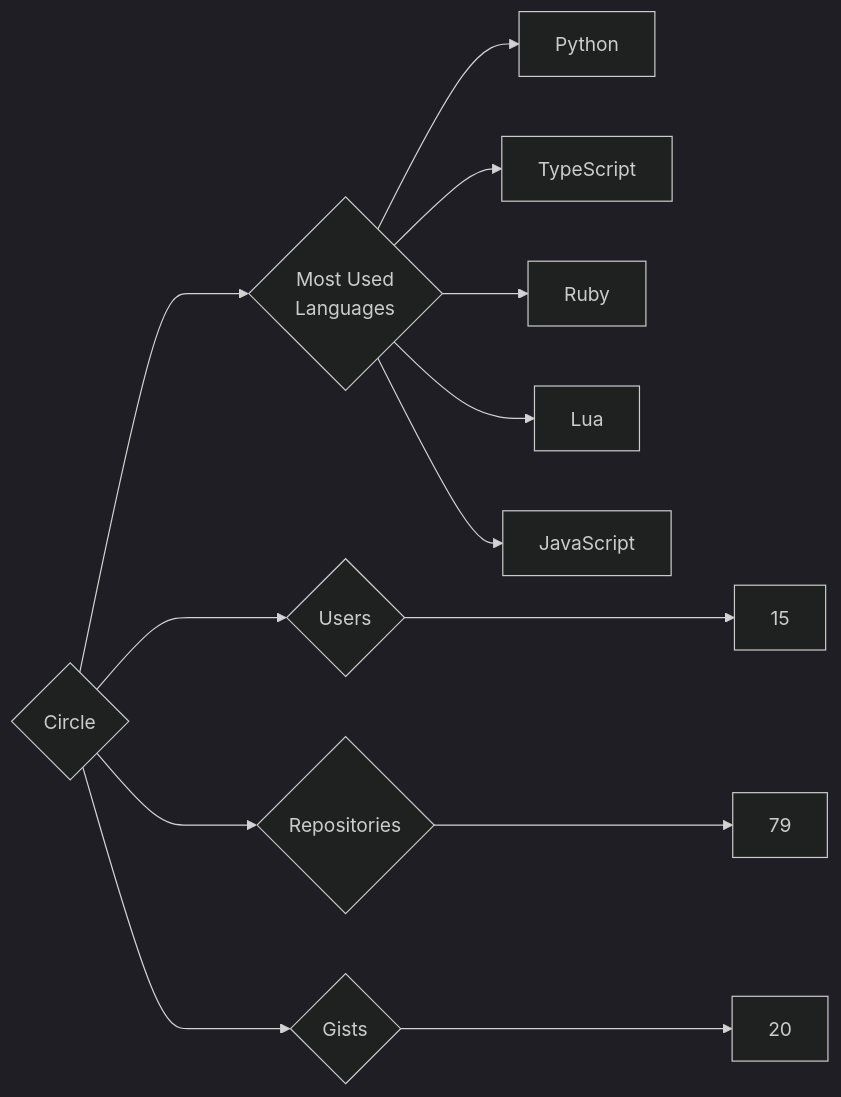
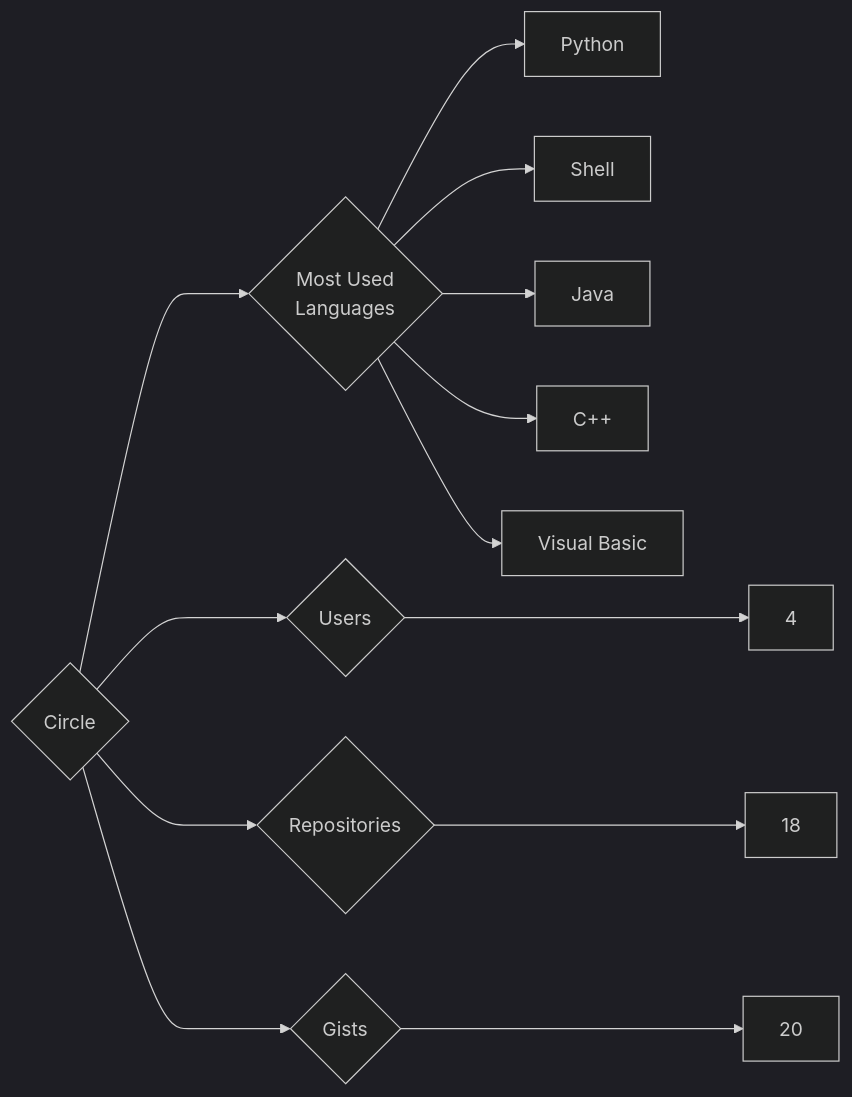
The diagram in targets/Circle/README.md (trickest/insiders), drawn with Mermaid (dark theme) before and after one commit. The commit also changed 723 other files, not shown here.

````diff
--- a/targets/Circle/README.md
+++ b/targets/Circle/README.md
@@ -3,13 +3,13 @@
 ```mermaid
 graph LR
 COMPANY_NAME{Circle}
-COMPANY_NAME ---> U{Users} ---> UN[15]
-COMPANY_NAME ---> R{Repositories} ---> RN[79]
+COMPANY_NAME ---> U{Users} ---> UN[4]
+COMPANY_NAME ---> R{Repositories} ---> RN[18]
 COMPANY_NAME ---> G{Gists} ---> GN[20]
 COMPANY_NAME ---> ML{Most Used<br>Languages}
 ML --> Python[Python]
-ML --> TypeScript[TypeScript]
-ML --> Ruby[Ruby]
-ML --> Lua[Lua]
-ML --> JavaScript[JavaScript]
+ML --> Shell[Shell]
+ML --> Java[Java]
+ML --> C++[C++]
+ML --> Visual_Basic[Visual Basic]
 ```
````
